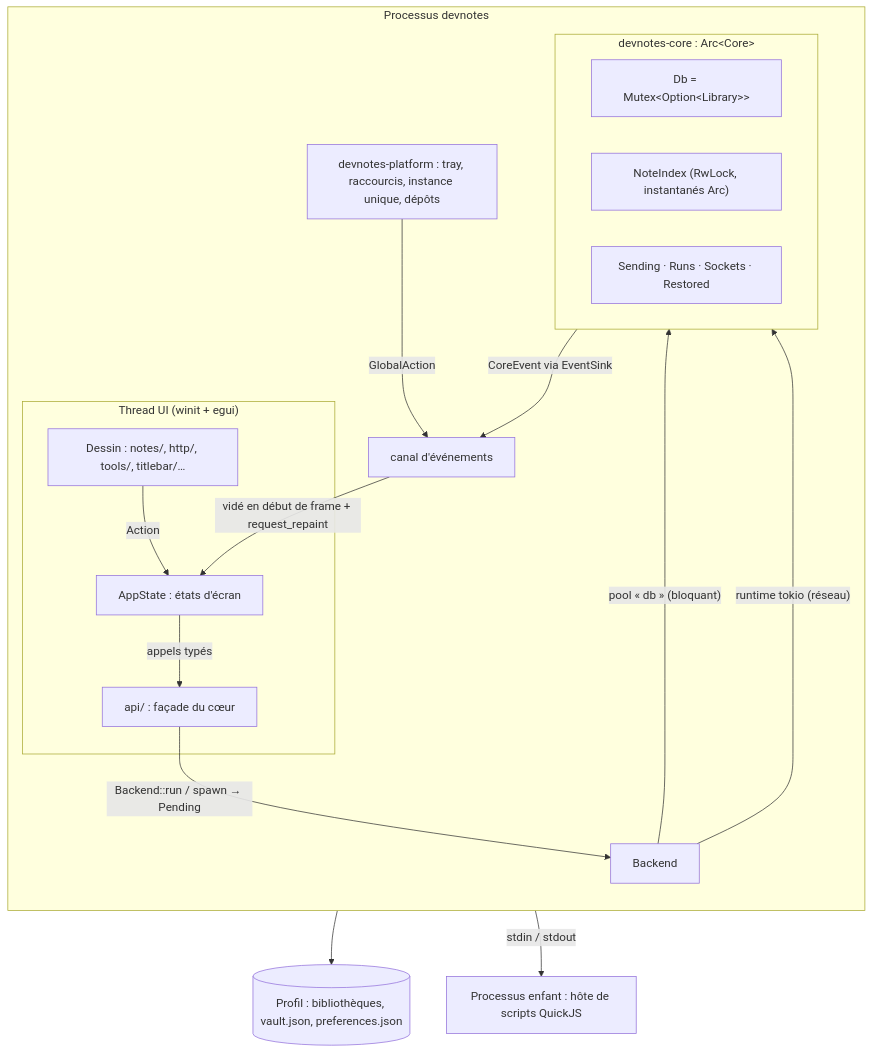
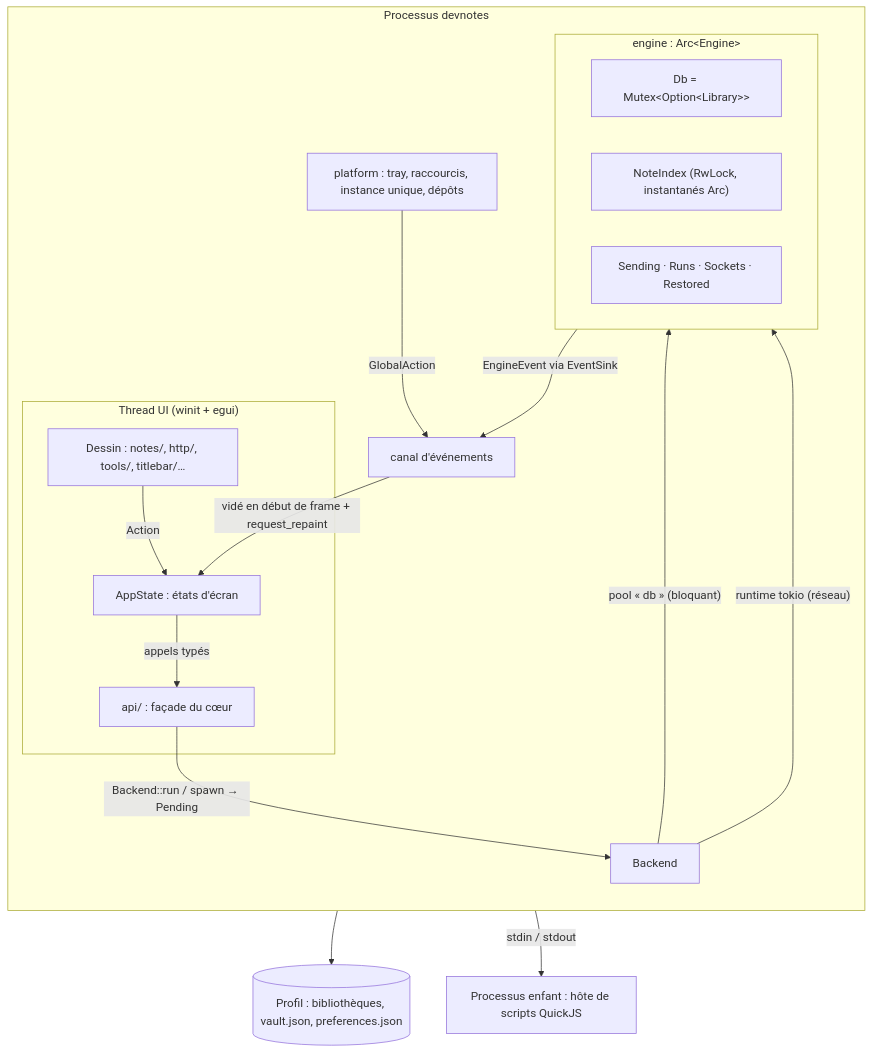
One commit to vmillet-dev/devnotes-rs changed the second of 7 diagrams in docs/egui-migration-plan.md. Above: the diagram before and after it, drawn with Mermaid. The commit also changed other lines of this file, not shown here.

First line of the commit message:
Architecture: name the planned crates without a devnotes- prefix

````diff
--- a/docs/egui-migration-plan.md
+++ b/docs/egui-migration-plan.md
@@ -254,23 +262,23 @@
 ```mermaid
 flowchart TB
   subgraph proc["Processus devnotes"]
     direction TB
     subgraph uith["Thread UI (winit + egui)"]
       draw["Dessin : notes/, http/, tools/, titlebar/…"] -->|Action| state["AppState : états d'écran"]
       state -->|appels typés| api["api/ : façade du cœur"]
     end
     api -->|"Backend::run / spawn → Pending"| backend["Backend"]
     backend -->|"pool « db » (bloquant)"| core
     backend -->|"runtime tokio (réseau)"| core
-    subgraph core["devnotes-core : Arc#lt;Core#gt;"]
+    subgraph core["engine : Arc#lt;Engine#gt;"]
       db["Db = Mutex#lt;Option#lt;Library#gt;#gt;"]
       idx["NoteIndex (RwLock, instantanés Arc)"]
       net["Sending · Runs · Sockets · Restored"]
     end
-    core -->|"CoreEvent via EventSink"| chan["canal d'événements"]
-    plat["devnotes-platform : tray, raccourcis, instance unique, dépôts"] -->|"GlobalAction"| chan
+    core -->|"EngineEvent via EventSink"| chan["canal d'événements"]
+    plat["platform : tray, raccourcis, instance unique, dépôts"] -->|"GlobalAction"| chan
     chan -->|"vidé en début de frame + request_repaint"| state
   end
   core --> disk[("Profil : bibliothèques, vault.json, preferences.json")]
   core -->|"stdin / stdout"| host["Processus enfant : hôte de scripts QuickJS"]
 ```
````
